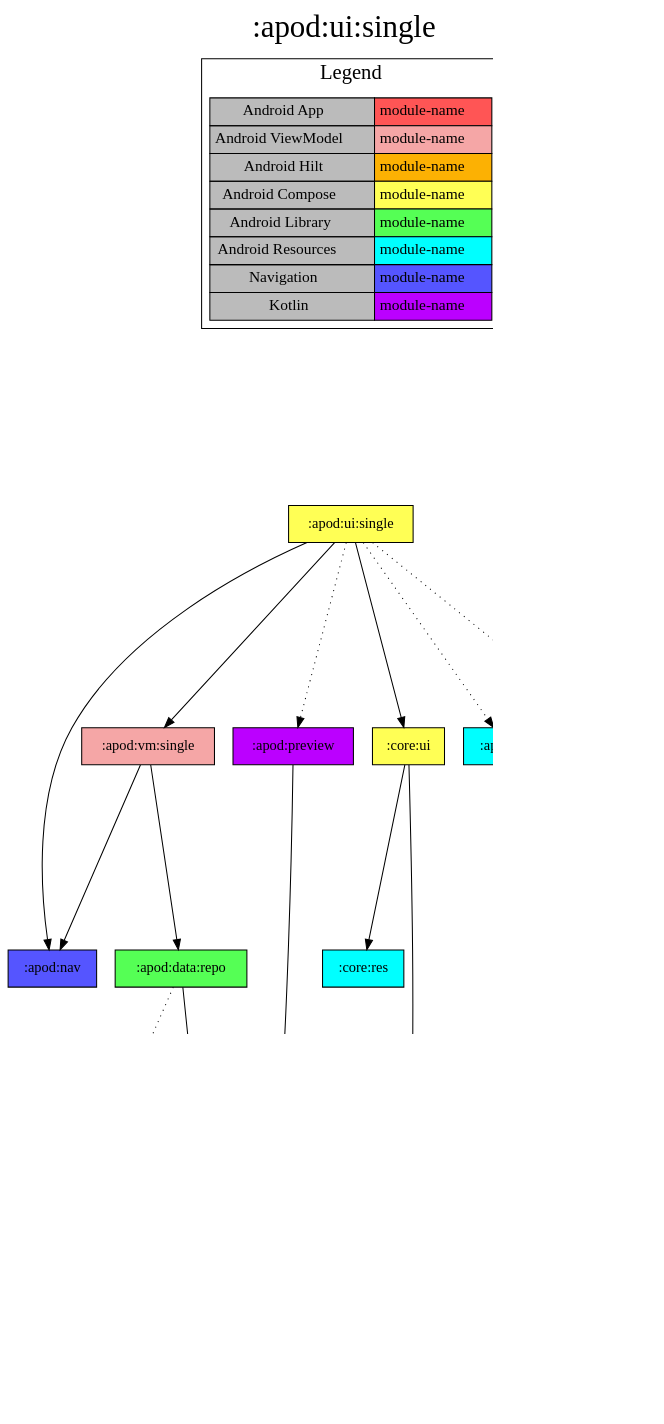
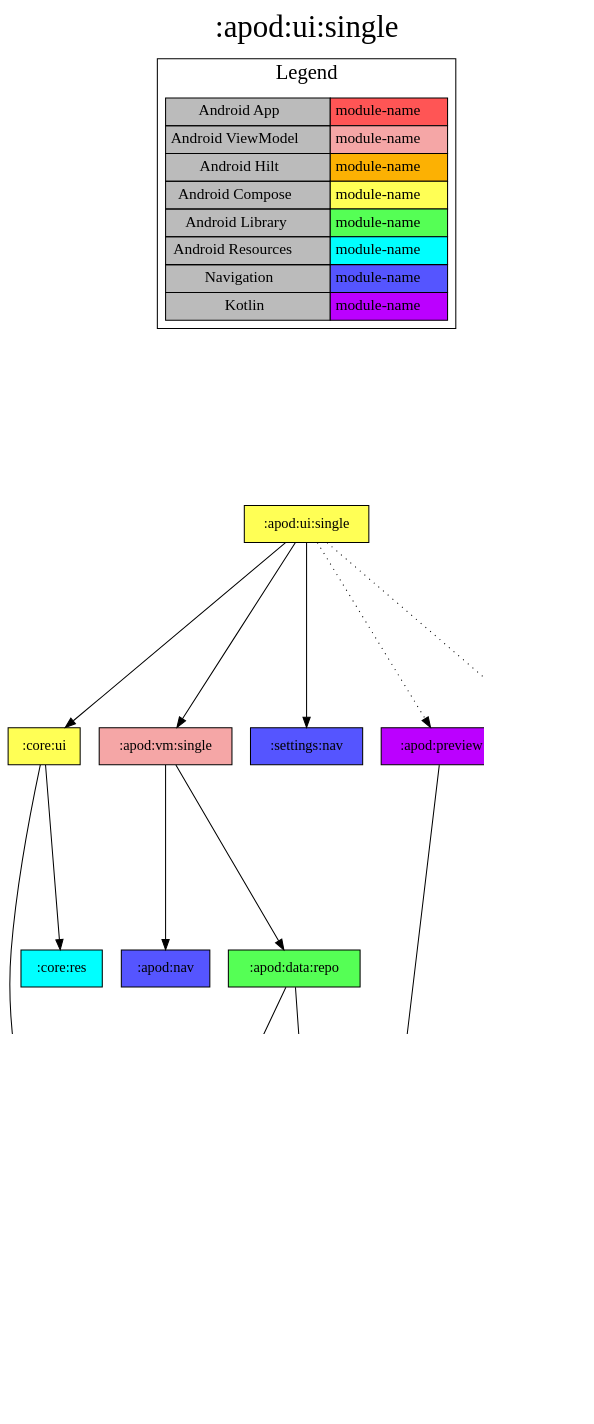
The diagram in modules/apod/ui/single/project-dependency-graph.dot (jonapoul/nasa-android), drawn with Graphviz before and after one commit. The commit also changed 70 other files, not shown here.

```diff
--- a/modules/apod/ui/single/project-dependency-graph.dot
+++ b/modules/apod/ui/single/project-dependency-graph.dot
@@ -1,53 +1,52 @@
 digraph {
 edge ["dir"="forward"]
 graph ["dpi"="100","label"=":apod:ui:single","labelloc"="t","fontsize"="30","ranksep"="2.5","rankdir"="TB"]
 node ["style"="filled"]
 ":apod:ui:single" ["fillcolor"="#FFFF55","shape"="box"]
-":apod:nav" ["fillcolor"="#5555FF","shape"="box"]
 ":apod:vm:single" ["fillcolor"="#F5A6A6","shape"="box"]
 ":apod:data:repo" ["fillcolor"="#55FF55","shape"="box"]
 ":apod:data:api" ["fillcolor"="#BB00FF","shape"="box"]
 ":apod:model" ["fillcolor"="#BB00FF","shape"="box"]
 ":core:model" ["fillcolor"="#BB00FF","shape"="box"]
 ":db:apod" ["fillcolor"="#BB00FF","shape"="box"]
+":apod:nav" ["fillcolor"="#5555FF","shape"="box"]
 ":core:ui" ["fillcolor"="#FFFF55","shape"="box"]
 ":core:res" ["fillcolor"="#00FFFF","shape"="box"]
+":settings:nav" ["fillcolor"="#5555FF","shape"="box"]
 ":apod:preview" ["fillcolor"="#BB00FF","shape"="box"]
 ":apod:res" ["fillcolor"="#00FFFF","shape"="box"]
-":settings:nav" ["fillcolor"="#5555FF","shape"="box"]
 {
 edge ["dir"="none"]
 graph ["rank"="same"]
 }
-":apod:ui:single" -> ":apod:nav"
 ":apod:ui:single" -> ":apod:vm:single"
 ":apod:ui:single" -> ":core:ui"
+":apod:ui:single" -> ":settings:nav"
 ":apod:ui:single" -> ":apod:preview" ["style"="dotted"]
 ":apod:ui:single" -> ":apod:res" ["style"="dotted"]
-":apod:ui:single" -> ":settings:nav" ["style"="dotted"]
 ":apod:vm:single" -> ":apod:data:repo"
 ":apod:vm:single" -> ":apod:nav"
 ":apod:data:repo" -> ":apod:data:api"
-":apod:data:repo" -> ":db:apod" ["style"="dotted"]
+":apod:data:repo" -> ":db:apod"
 ":apod:data:api" -> ":apod:model"
 ":apod:data:api" -> ":core:model"
 ":core:ui" -> ":core:model"
 ":core:ui" -> ":core:res"
 ":apod:preview" -> ":apod:model"
 subgraph "cluster_legend" {
 edge ["dir"="none"]
 graph ["label"="Legend","fontsize"="20"]
 "Legend" ["style"="filled","fillcolor"="#bbbbbb","shape"="none","margin"="0","fontsize"="15","label"=<
 <TABLE BORDER="0" CELLBORDER="1" CELLSPACING="0" CELLPADDING="4">
 <TR><TD>Android App</TD><TD BGCOLOR="#FF5555">module-name</TD></TR>
 <TR><TD>Android ViewModel</TD><TD BGCOLOR="#F5A6A6">module-name</TD></TR>
 <TR><TD>Android Hilt</TD><TD BGCOLOR="#FCB103">module-name</TD></TR>
 <TR><TD>Android Compose</TD><TD BGCOLOR="#FFFF55">module-name</TD></TR>
 <TR><TD>Android Library</TD><TD BGCOLOR="#55FF55">module-name</TD></TR>
 <TR><TD>Android Resources</TD><TD BGCOLOR="#00FFFF">module-name</TD></TR>
 <TR><TD>Navigation</TD><TD BGCOLOR="#5555FF">module-name</TD></TR>
 <TR><TD>Kotlin</TD><TD BGCOLOR="#BB00FF">module-name</TD></TR>
 </TABLE>
 >]
 } -> ":apod:ui:single" ["style"="invis"]
 }
```
